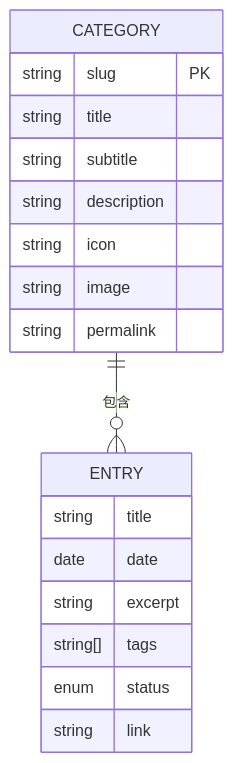
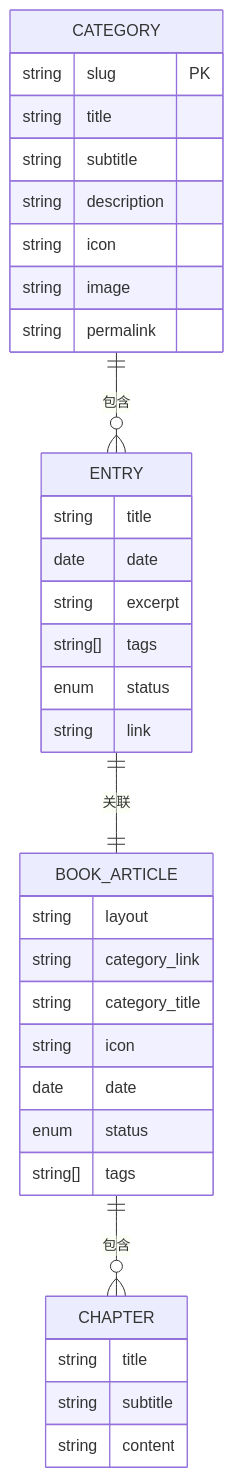
Before and after one commit to pizicaiman/pizicaiman.github.io: the third of 8 diagrams in .qoder/repowiki/zh/content/内容管理/书籍管理系统.md, drawn with Mermaid. The commit also changed other lines of this file and 10 other files, not shown here.

````diff
--- a/.qoder/repowiki/zh/content/内容管理/书籍管理系统.md
+++ b/.qoder/repowiki/zh/content/内容管理/书籍管理系统.md
@@ -164,21 +194,37 @@
 ```mermaid
 erDiagram
 CATEGORY {
 string slug PK
 string title
 string subtitle
 string description
 string icon
 string image
 string permalink
 }
 ENTRY {
 string title
 date date
 string excerpt
 string[] tags
 enum status
 string link
 }
+CHAPTER {
+string title
+string subtitle
+string content
+}
+BOOK_ARTICLE {
+string layout
+string category_link
+string category_title
+string icon
+date date
+enum status
+string[] tags
+}
 CATEGORY ||--o{ ENTRY : "包含"
+BOOK_ARTICLE ||--o{ CHAPTER : "包含"
+ENTRY ||--|| BOOK_ARTICLE : "关联"
 ```
````
